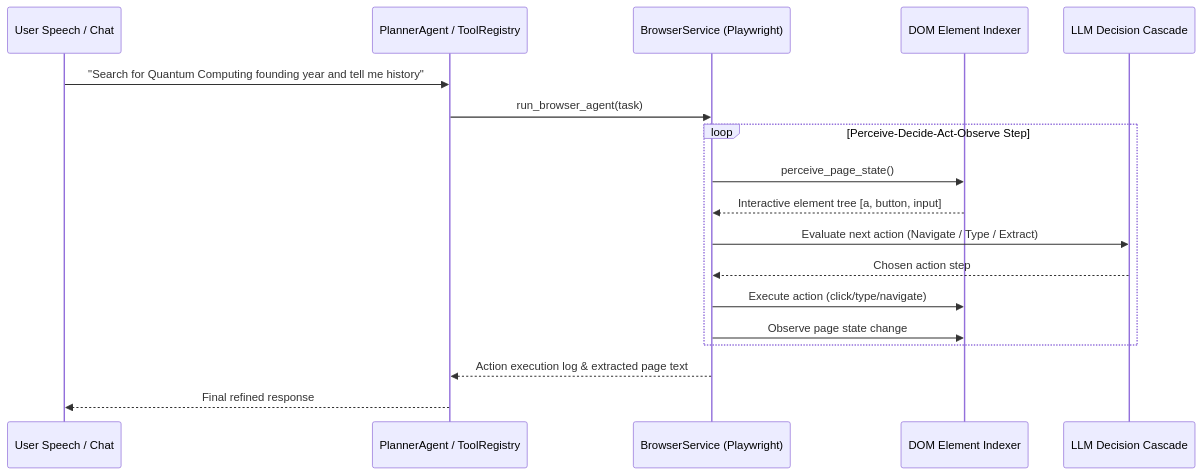
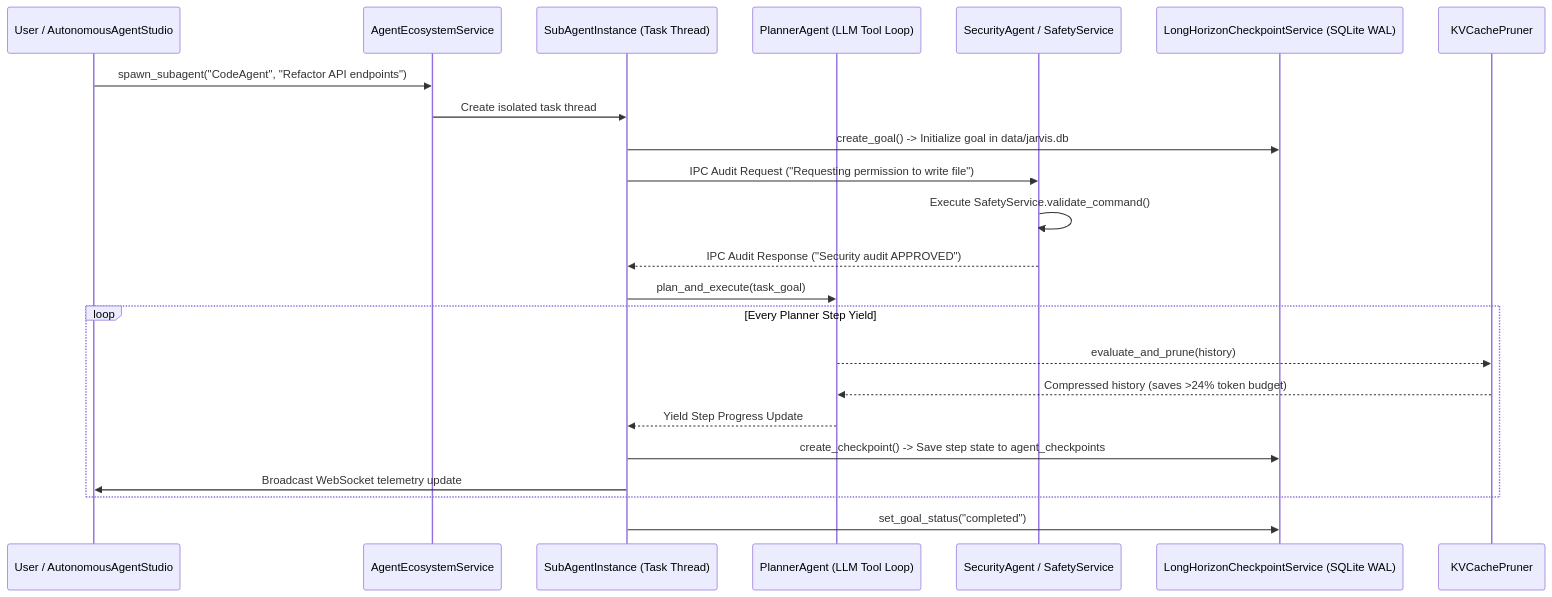
The third of 4 diagrams in documentations/Appflow.md (Ashrit-Raghupatruni/JARVIS), drawn with Mermaid before and after one commit. The commit also changed other lines of this file and 44 other files, not shown here.

````diff
--- a/documentations/Appflow.md
+++ b/documentations/Appflow.md
@@ -92,21 +73,29 @@
 ```mermaid
 sequenceDiagram
-    participant User as User Speech / Chat
-    participant Agent as PlannerAgent / ToolRegistry
-    participant Browser as BrowserService (Playwright)
-    participant DOM as DOM Element Indexer
-    participant LLM as LLM Decision Cascade
+    participant User as User / AutonomousAgentStudio
+    participant Ecosystem as AgentEcosystemService
+    participant SubAgent as SubAgentInstance (Task Thread)
+    participant Planner as PlannerAgent (LLM Tool Loop)
+    participant Security as SecurityAgent / SafetyService
+    participant SQLite as LongHorizonCheckpointService (SQLite WAL)
+    participant Pruner as KVCachePruner
 
-    User->>Agent: "Search for Quantum Computing founding year and tell me history"
-    Agent->>Browser: run_browser_agent(task)
-    loop Perceive-Decide-Act-Observe Step
-        Browser->>DOM: perceive_page_state()
-        DOM-->>Browser: Interactive element tree [a, button, input]
-        Browser->>LLM: Evaluate next action (Navigate / Type / Extract)
-        LLM-->>Browser: Chosen action step
-        Browser->>DOM: Execute action (click/type/navigate)
-        Browser->>DOM: Observe page state change
+    User->>Ecosystem: spawn_subagent("CodeAgent", "Refactor API endpoints")
+    Ecosystem->>SubAgent: Create isolated task thread
+    SubAgent->>SQLite: create_goal() -> Initialize goal in data/jarvis.db
+    
+    SubAgent->>Security: IPC Audit Request ("Requesting permission to write file")
+    Security->>Security: Execute SafetyService.validate_command()
+    Security-->>SubAgent: IPC Audit Response ("Security audit APPROVED")
+    
+    SubAgent->>Planner: plan_and_execute(task_goal)
+    loop Every Planner Step Yield
+        Planner-->>Pruner: evaluate_and_prune(history)
+        Pruner-->>Planner: Compressed history (saves >24% token budget)
+        Planner-->>SubAgent: Yield Step Progress Update
+        SubAgent->>SQLite: create_checkpoint() -> Save step state to agent_checkpoints
+        SubAgent->>User: Broadcast WebSocket telemetry update
     end
-    Browser-->>Agent: Action execution log & extracted page text
-    Agent-->>User: Final refined response
+    
+    SubAgent->>SQLite: set_goal_status("completed")
 ```
````
